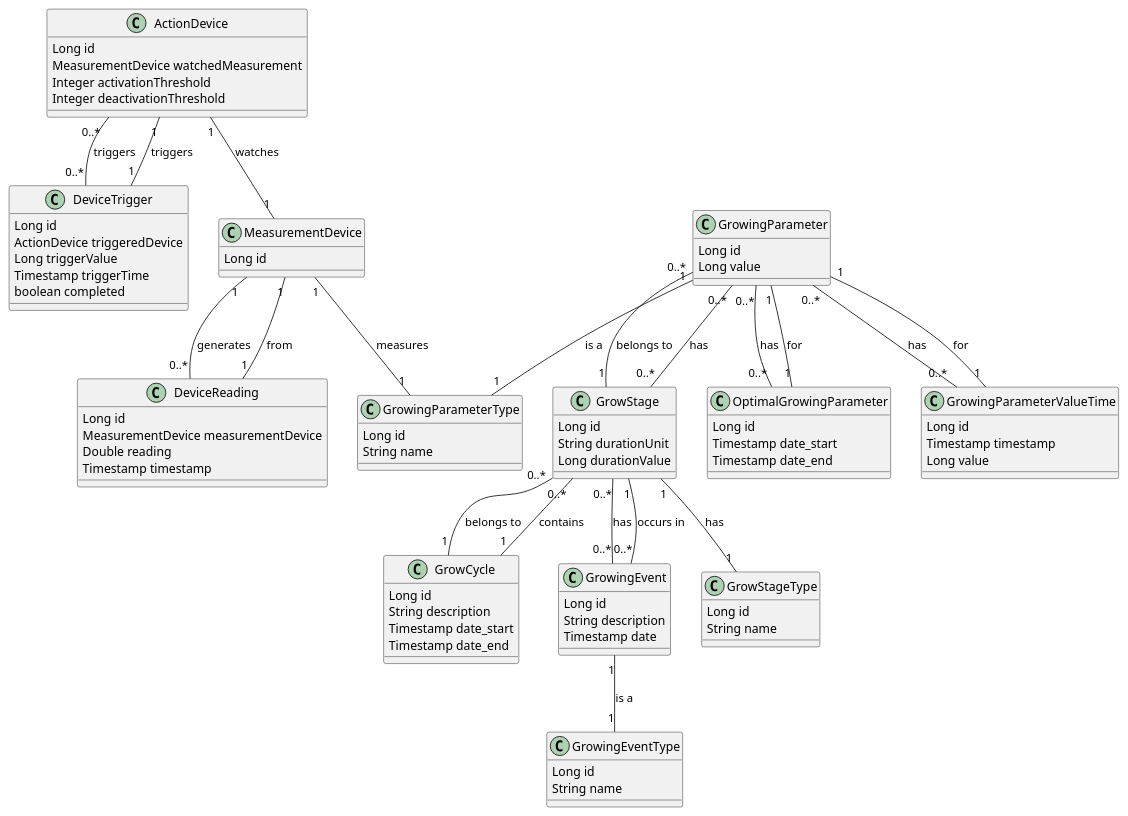
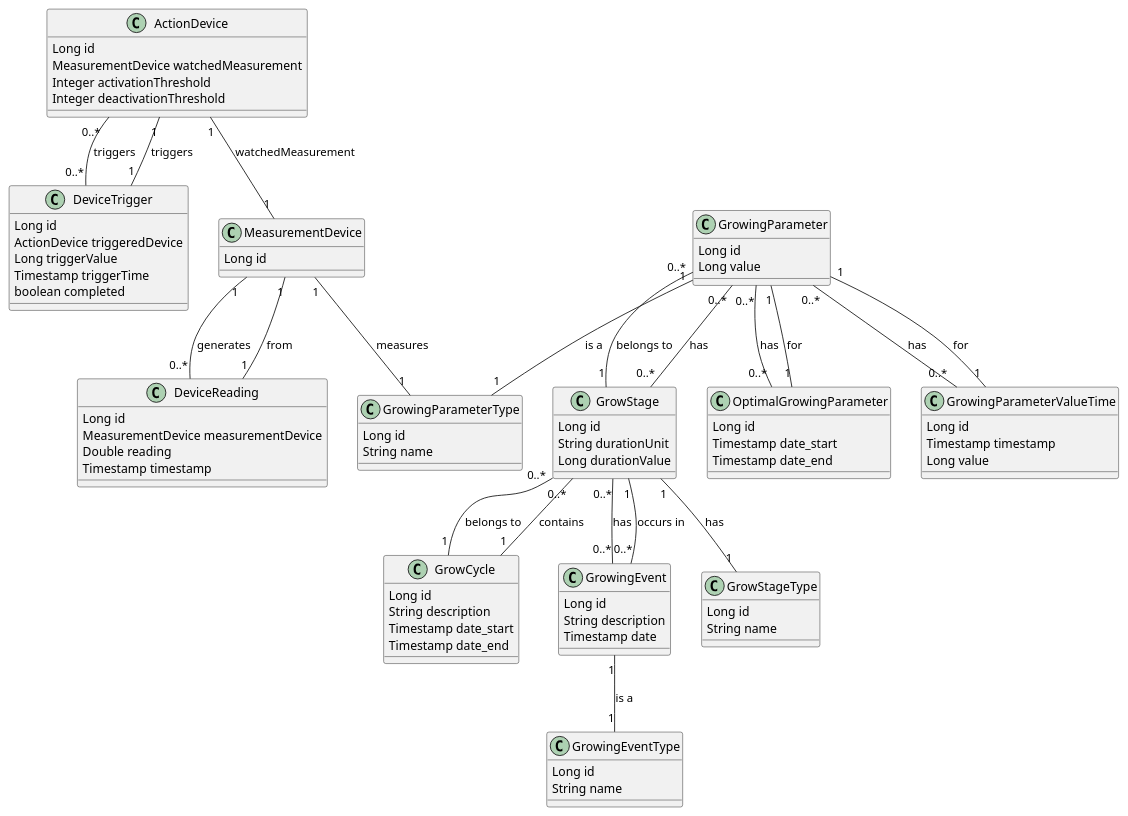
One commit to feddericovonwernich/grow-control changed the diagram in diagrams/plantUML.puml. Above: the diagram before and after it, drawn with PlantUML. The commit also changed 17 other files, not shown here.

```diff
--- a/diagrams/plantUML.puml
+++ b/diagrams/plantUML.puml
@@ -1,99 +1,99 @@
 @startuml
 class ActionDevice {
     Long id
     MeasurementDevice watchedMeasurement
     Integer activationThreshold
     Integer deactivationThreshold
 }
 
 class DeviceReading {
     Long id
     MeasurementDevice measurementDevice
     Double reading
     Timestamp timestamp
 }
 
 class DeviceTrigger {
     Long id
     ActionDevice triggeredDevice
     Long triggerValue
     Timestamp triggerTime
     boolean completed
 }
 
 class GrowCycle {
     Long id
     String description
     Timestamp date_start
     Timestamp date_end
 }
 
 class GrowingEvent {
     Long id
     String description
     Timestamp date
 }
 
 class GrowingEventType {
     Long id
     String name
 }
 
 class GrowingParameter {
     Long id
     Long value
 }
 
 class GrowingParameterType {
     Long id
     String name
 }
 
 class GrowStage {
     Long id
     String durationUnit
     Long durationValue
 }
 
 class GrowStageType {
     Long id
     String name
 }
 
 class MeasurementDevice {
     Long id
 }
 
 class OptimalGrowingParameter {
     Long id
     Timestamp date_start
     Timestamp date_end
 }
 
 class GrowingParameterValueTime {
     Long id
     Timestamp timestamp
     Long value
 }
 
 GrowCycle "1" -- "0..*" GrowStage : contains
 GrowStage "1" -- "1" GrowStageType : has
 GrowStage "0..*" -- "1" GrowCycle : belongs to
 GrowStage "0..*" -- "0..*" GrowingEvent : has
 GrowStage "0..*" -- "0..*" GrowingParameter : has
 GrowingEvent "1" -- "1" GrowingEventType : is a
 GrowingEvent "0..*" -- "1" GrowStage : occurs in
 GrowingParameter "1" -- "1" GrowingParameterType : is a
 GrowingParameter "0..*" -- "0..*" GrowingParameterValueTime : has
 GrowingParameter "0..*" -- "0..*" OptimalGrowingParameter : has
 GrowingParameter "0..*" -- "1" GrowStage : belongs to
 MeasurementDevice "1" -- "1" GrowingParameterType : measures
-ActionDevice "1" -- "1" MeasurementDevice : watches
+ActionDevice "1" -- "1" MeasurementDevice : watchedMeasurement
 DeviceReading "1" -- "1" MeasurementDevice : from
 DeviceTrigger "1" -- "1" ActionDevice : triggers
 OptimalGrowingParameter "1" -- "1" GrowingParameter : for
 GrowingParameterValueTime "1" -- "1" GrowingParameter : for
 
 MeasurementDevice "1" -- "0..*" DeviceReading : generates
 ActionDevice "0..*" -- "0..*" DeviceTrigger : triggers
 @enduml
```
